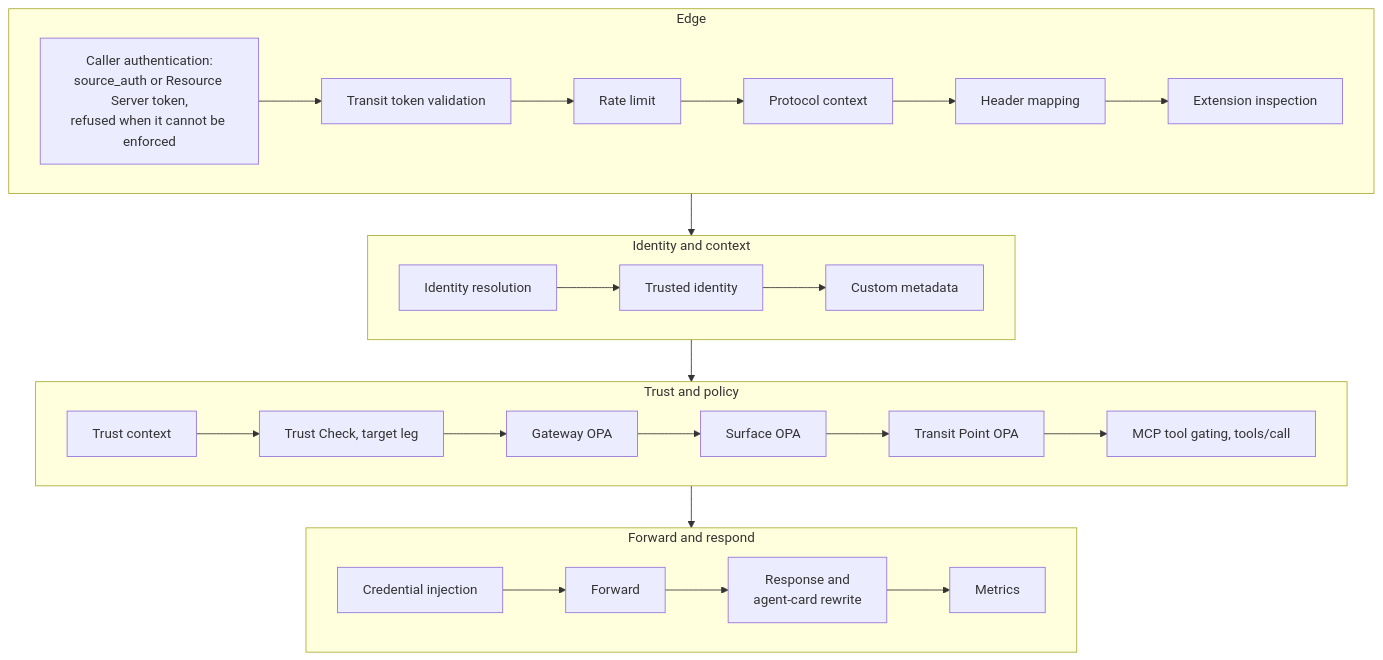
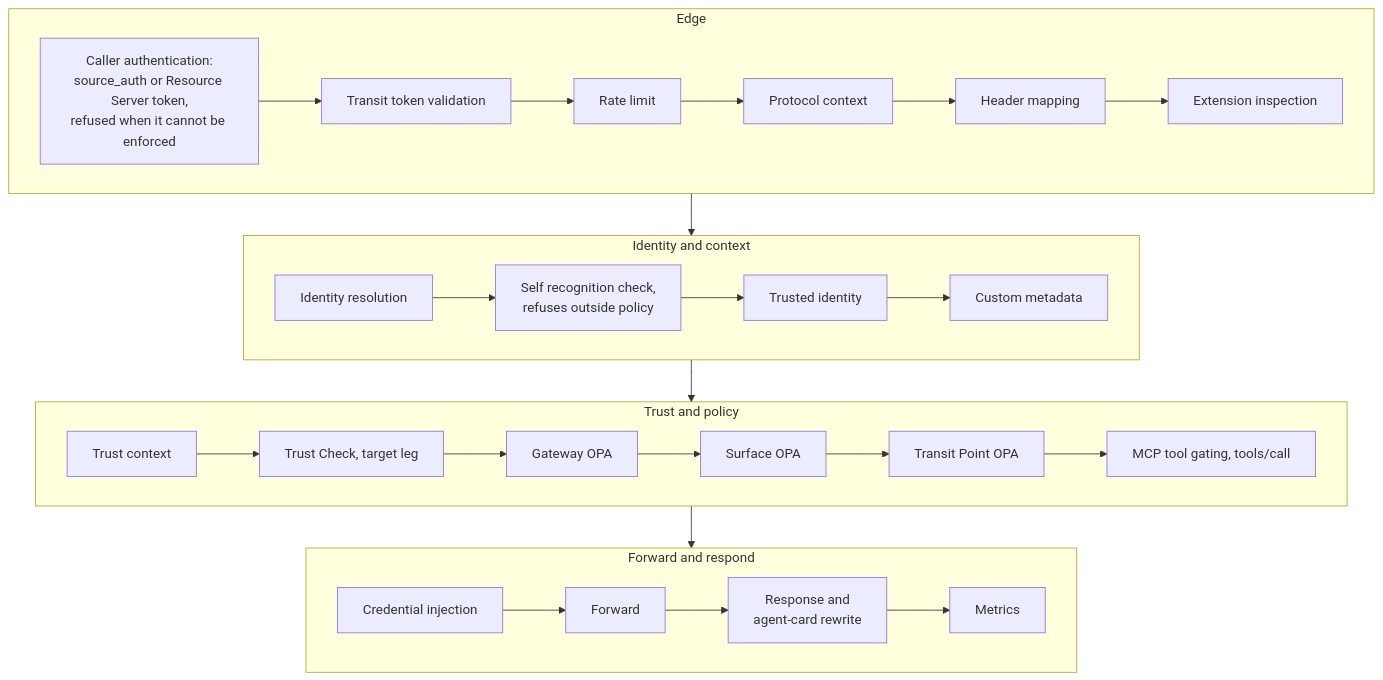
The second of 4 diagrams in ARCHITECTURE.md (affinidi-ai/agent-gateway), drawn with Mermaid before and after one commit. The commit also changed other lines of this file and 25 other files, not shown here.

````diff
--- a/ARCHITECTURE.md
+++ b/ARCHITECTURE.md
@@ -187,20 +187,20 @@
 ```mermaid
 flowchart TB
     subgraph E["Edge"]
         direction LR
         AR["Caller authentication:<br/>source_auth or Resource Server token,<br/>refused when it cannot be enforced"] --> A0[Transit token validation] --> A2[Rate limit] --> A3[Protocol context] --> A4[Header mapping] --> A5[Extension inspection]
     end
     subgraph I["Identity and context"]
         direction LR
-        B1[Identity resolution] --> B2[Trusted identity] --> B3[Custom metadata]
+        B1[Identity resolution] --> B1a["Self recognition check,<br/>refuses outside policy"] --> B2[Trusted identity] --> B3[Custom metadata]
     end
     subgraph P["Trust and policy"]
         direction LR
         C0[Trust context] --> C1["Trust Check, target leg"] --> C2[Gateway OPA] --> C3[Surface OPA] --> C4[Transit Point OPA] --> C5["MCP tool gating, tools/call"]
     end
     subgraph F["Forward and respond"]
         direction LR
         D0[Credential injection] --> D1[Forward] --> D2["Response and<br/>agent-card rewrite"] --> D3[Metrics]
     end
     E --> I --> P --> F
 ```
````
